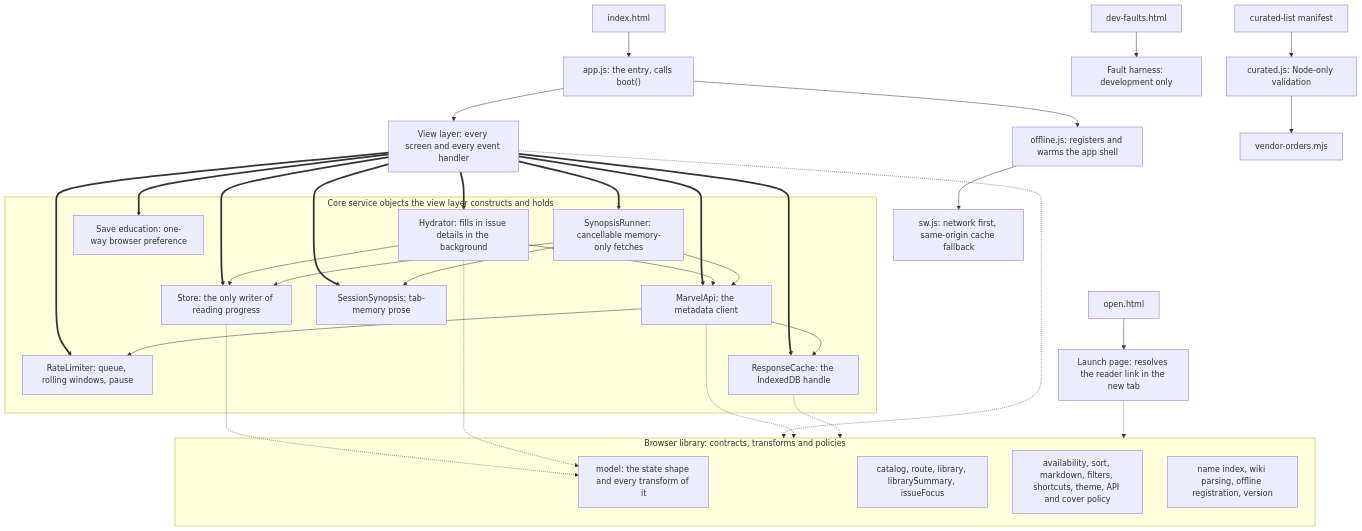
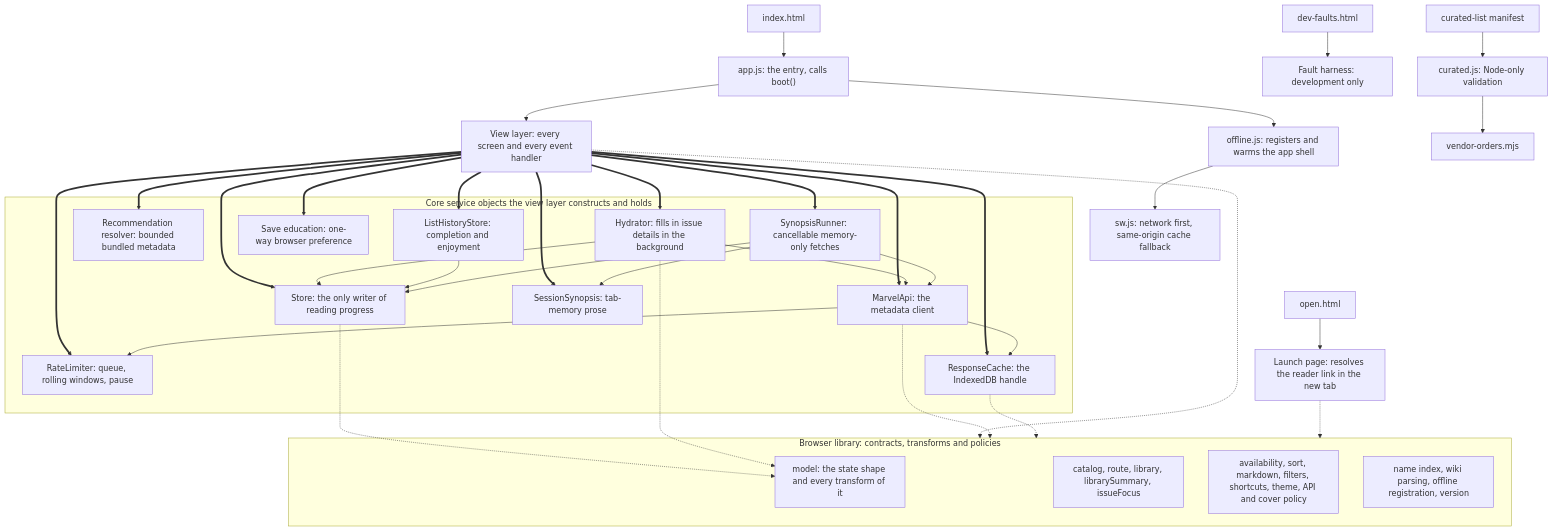
One commit to raymond-nassar/recap-page changed the first of 6 diagrams in docs/ARCHITECTURE.md. Above: the diagram before and after it, drawn with Mermaid. The commit also changed other lines of this file and 38 other files, not shown here.

````diff
--- a/docs/ARCHITECTURE.md
+++ b/docs/ARCHITECTURE.md
@@ -27,54 +27,59 @@
 ```mermaid
 flowchart TD
   idx["index.html"] --> app["app.js: the entry, calls boot()"]
   app --> view["View layer: every screen and every event handler"]
   app --> offline["offline.js: registers and warms the app shell"]
   offline --> worker["sw.js: network first, same-origin cache fallback"]
   opn["open.html"] --> launch["Launch page: resolves the reader link in the new tab"]
   dev["dev-faults.html"] --> harness["Fault harness: development only"]
 
   subgraph owned["Core service objects the view layer constructs and holds"]
     store["Store: the only writer of reading progress"]
+    history["ListHistoryStore: completion and enjoyment"]
+    recommendations["Recommendation resolver: bounded bundled metadata"]
     limiter["RateLimiter: queue, rolling windows, pause"]
     cache["ResponseCache: the IndexedDB handle"]
     api["MarvelApi: the metadata client"]
     hydrator["Hydrator: fills in issue details in the background"]
     education["Save education: one-way browser preference"]
     synopses["SessionSynopsis: tab-memory prose"]
     synopsisRunner["SynopsisRunner: cancellable memory-only fetches"]
   end
 
   view ==> store
+  view ==> history
+  view ==> recommendations
   view ==> limiter
   view ==> cache
   view ==> api
   view ==> hydrator
   view ==> education
   view ==> synopses
   view ==> synopsisRunner
 
   api --> limiter
   api --> cache
   hydrator --> api
   hydrator --> store
+  history --> store
   synopsisRunner --> api
   synopsisRunner --> store
   synopsisRunner --> synopses
 
   subgraph lib["Browser library: contracts, transforms and policies"]
     model["model: the state shape and every transform of it"]
     discovery["catalog, route, library, librarySummary, issueFocus"]
     policy["availability, sort, markdown, filters, shortcuts, theme, API and cover policy"]
     integrations["name index, wiki parsing, offline registration, version"]
   end
 
   view -.-> lib
   store -.-> model
   hydrator -.-> model
   api -.-> lib
   cache -.-> lib
   launch -.-> lib
 
   manifest["curated-list manifest"] --> curated["curated.js: Node-only validation"]
   curated --> vendor["vendor-orders.mjs"]
 ```
````
